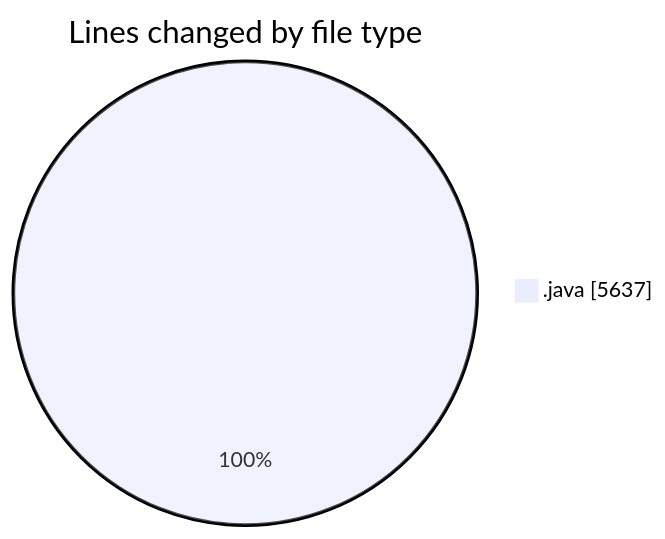
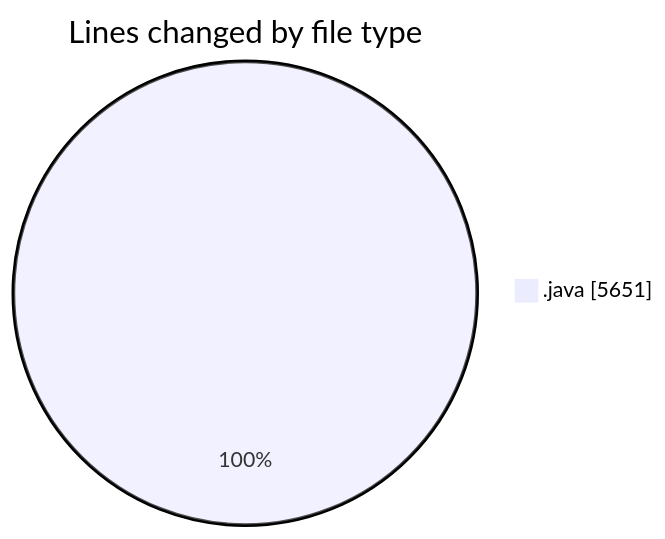
Before and after one commit to ricardozamudiocil/code-tracking: the first of 2 diagrams in 2026-05-05/cilapp/README.md, drawn with Mermaid. The commit also changed other lines of this file and 1 other file, not shown here.

````diff
--- a/2026-05-05/cilapp/README.md
+++ b/2026-05-05/cilapp/README.md
@@ -25,5 +25,5 @@
 ```mermaid
 pie showData
 title Lines changed by file type
-".java" : 5637
+".java" : 5651
 ```
````
